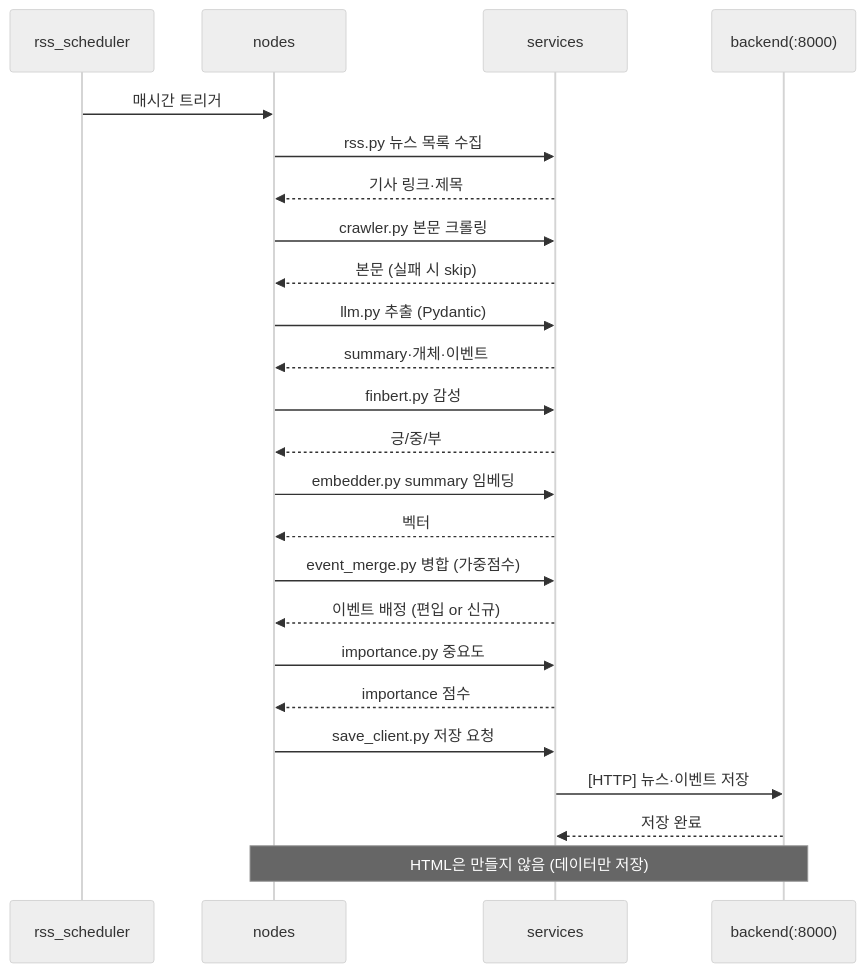
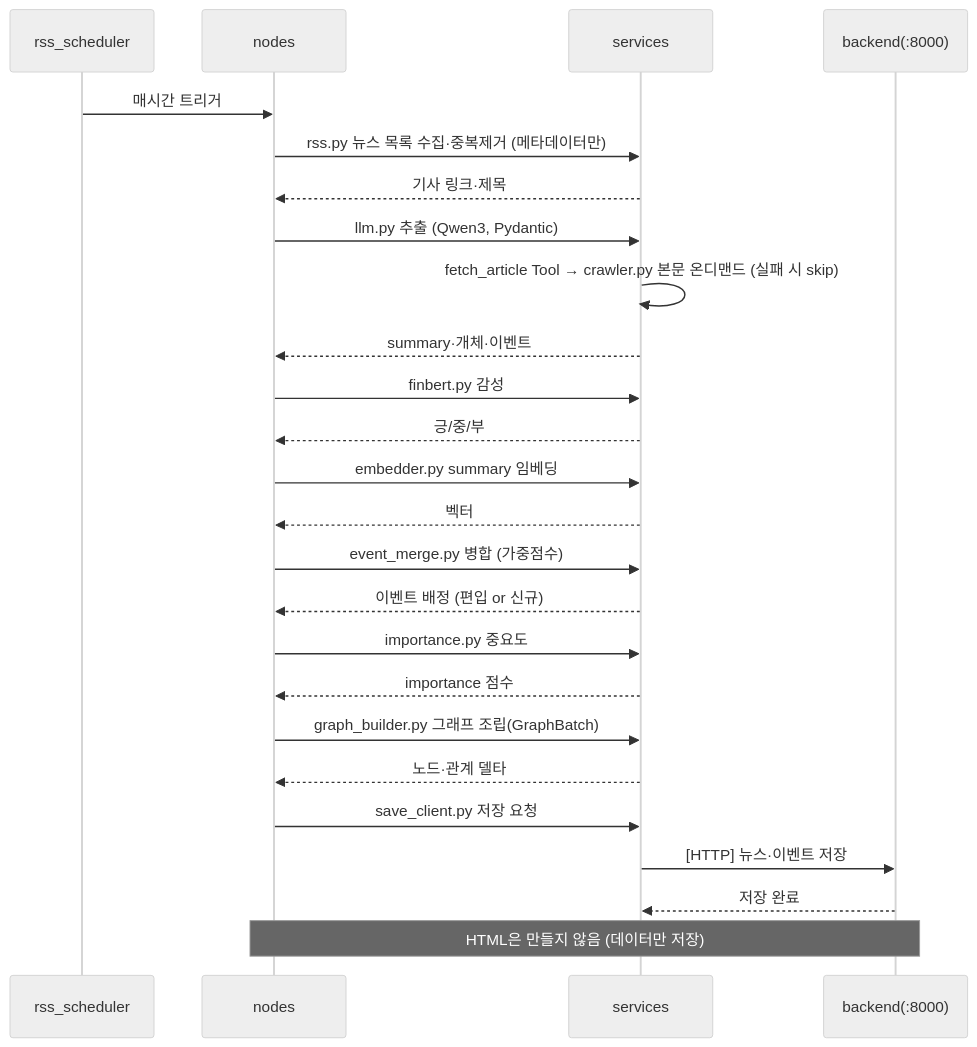
One commit to MTVS03/verith changed the first of 3 diagrams in ai/src/agents/news/docs/sequence.md. Above: the diagram before and after it, drawn with Mermaid (neutral theme). The commit also changed other lines of this file and 3 other files, not shown here.

````diff
--- a/ai/src/agents/news/docs/sequence.md
+++ b/ai/src/agents/news/docs/sequence.md
@@ -7,26 +7,27 @@
 ```mermaid
 sequenceDiagram
   participant SCH as rss_scheduler
   participant N as nodes
   participant SV as services
   participant BE as backend(:8000)
   SCH->>N: 매시간 트리거
-  N->>SV: rss.py 뉴스 목록 수집
+  N->>SV: rss.py 뉴스 목록 수집·중복제거 (메타데이터만)
   SV-->>N: 기사 링크·제목
-  N->>SV: crawler.py 본문 크롤링
-  SV-->>N: 본문 (실패 시 skip)
-  N->>SV: llm.py 추출 (Pydantic)
+  N->>SV: llm.py 추출 (Qwen3, Pydantic)
+  SV->>SV: fetch_article Tool → crawler.py 본문 온디맨드 (실패 시 skip)
   SV-->>N: summary·개체·이벤트
   N->>SV: finbert.py 감성
   SV-->>N: 긍/중/부
   N->>SV: embedder.py summary 임베딩
   SV-->>N: 벡터
   N->>SV: event_merge.py 병합 (가중점수)
   SV-->>N: 이벤트 배정 (편입 or 신규)
   N->>SV: importance.py 중요도
   SV-->>N: importance 점수
+  N->>SV: graph_builder.py 그래프 조립(GraphBatch)
+  SV-->>N: 노드·관계 델타
   N->>SV: save_client.py 저장 요청
   SV->>BE: [HTTP] 뉴스·이벤트 저장
   BE-->>SV: 저장 완료
   Note over N,BE: HTML은 만들지 않음 (데이터만 저장)
 ```
````
